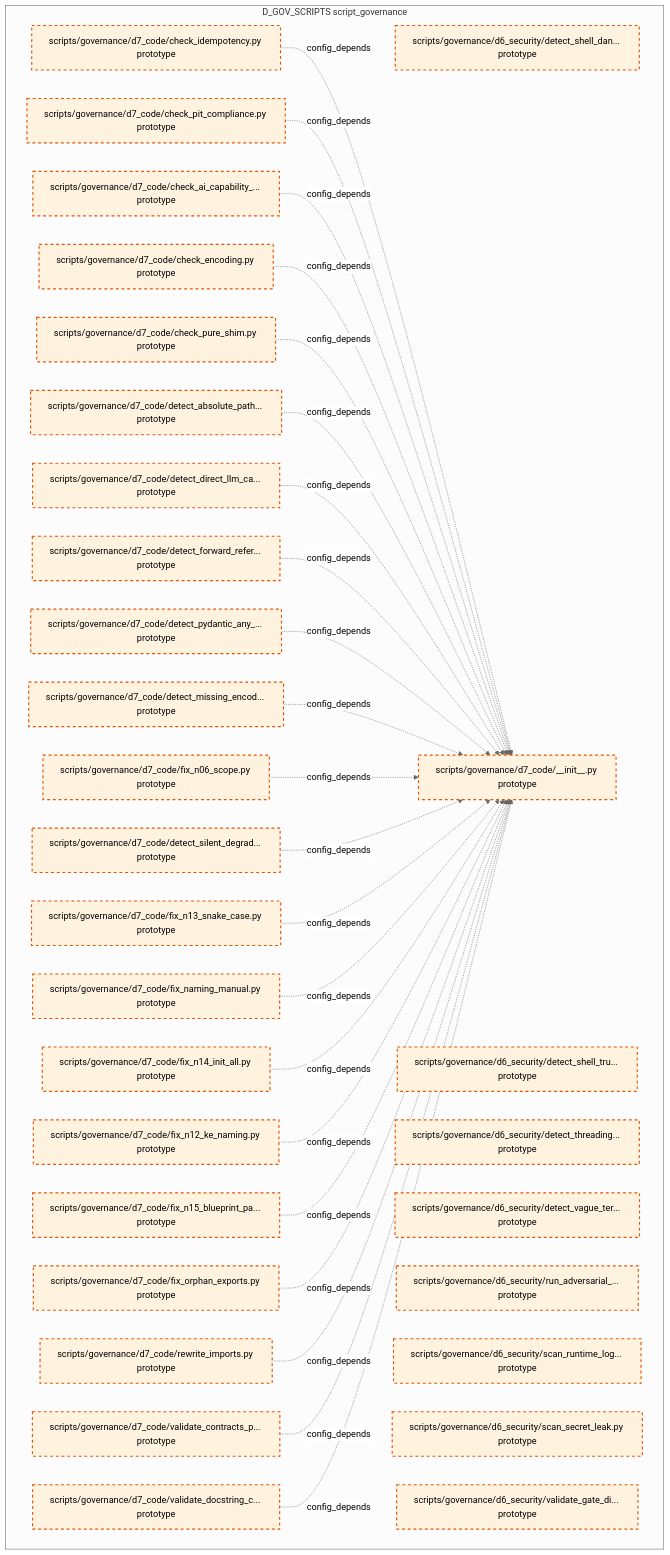
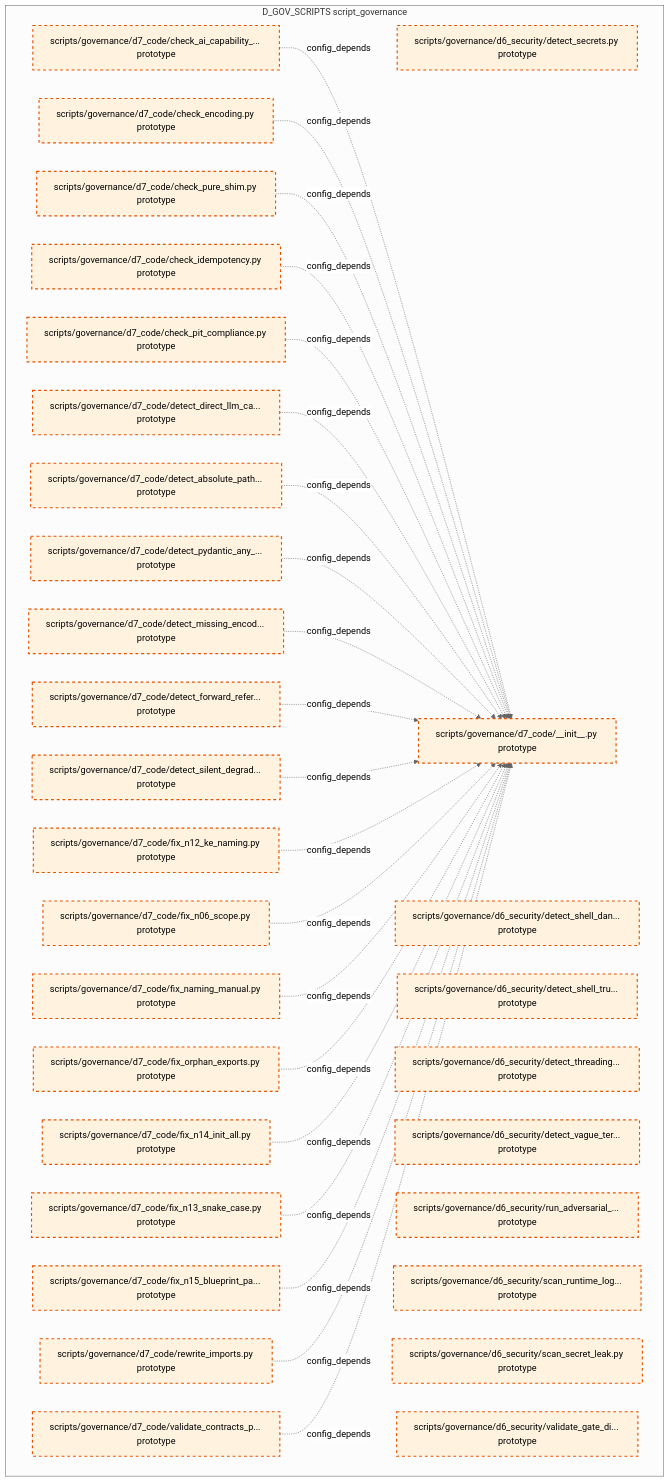
The tenth of 15 diagrams in docs/02_enterprise_architecture/02_domain_architecture_docs/36_d_gov_scripts.md (xuanFelixVan/ZephyrAlpha), drawn with Mermaid (neutral theme) before and after one commit. The commit also changed other lines of this file and 100 other files, not shown here.

````diff
--- a/docs/02_enterprise_architecture/02_domain_architecture_docs/36_d_gov_scripts.md
+++ b/docs/02_enterprise_architecture/02_domain_architecture_docs/36_d_gov_scripts.md
@@ -690,61 +685,60 @@
 ```mermaid
 graph TD
     subgraph D_GOV_SCRIPTS["D_GOV_SCRIPTS script_governance"]
+        scripts_governance_d6_security_detect_secrets_py["scripts/governance/d6_security/detect_secrets.py prototype"]
         scripts_governance_d6_security_detect_shell_dangerous_py["scripts/governance/d6_security/detect_shell_dan... prototype"]
         scripts_governance_d6_security_detect_shell_true_py["scripts/governance/d6_security/detect_shell_tru... prototype"]
         scripts_governance_d6_security_detect_threading_lock_py["scripts/governance/d6_security/detect_threading... prototype"]
         scripts_governance_d6_security_detect_vague_terms_py["scripts/governance/d6_security/detect_vague_ter... prototype"]
         scripts_governance_d6_security_run_adversarial_checks_py["scripts/governance/d6_security/run_adversarial_... prototype"]
         scripts_governance_d6_security_scan_runtime_log_secrets_py["scripts/governance/d6_security/scan_runtime_log... prototype"]
         scripts_governance_d6_security_scan_secret_leak_py["scripts/governance/d6_security/scan_secret_leak.py prototype"]
         scripts_governance_d6_security_validate_gate_discipline_py["scripts/governance/d6_security/validate_gate_di... prototype"]
         scripts_governance_d7_code_init_py["scripts/governance/d7_code/__init__.py prototype"]
         scripts_governance_d7_code_check_ai_capability_boundary_py["scripts/governance/d7_code/check_ai_capability_... prototype"]
         scripts_governance_d7_code_check_encoding_py["scripts/governance/d7_code/check_encoding.py prototype"]
         scripts_governance_d7_code_check_idempotency_py["scripts/governance/d7_code/check_idempotency.py prototype"]
         scripts_governance_d7_code_check_pit_compliance_py["scripts/governance/d7_code/check_pit_compliance.py prototype"]
         scripts_governance_d7_code_check_pure_shim_py["scripts/governance/d7_code/check_pure_shim.py prototype"]
         scripts_governance_d7_code_detect_absolute_path_hardcoding_py["scripts/governance/d7_code/detect_absolute_path... prototype"]
         scripts_governance_d7_code_detect_direct_llm_calls_py["scripts/governance/d7_code/detect_direct_llm_ca... prototype"]
         scripts_governance_d7_code_detect_forward_reference_py["scripts/governance/d7_code/detect_forward_refer... prototype"]
         scripts_governance_d7_code_detect_missing_encoding_py["scripts/governance/d7_code/detect_missing_encod... prototype"]
         scripts_governance_d7_code_detect_pydantic_any_fields_py["scripts/governance/d7_code/detect_pydantic_any_... prototype"]
         scripts_governance_d7_code_detect_silent_degradation_py["scripts/governance/d7_code/detect_silent_degrad... prototype"]
         scripts_governance_d7_code_fix_n06_scope_py["scripts/governance/d7_code/fix_n06_scope.py prototype"]
         scripts_governance_d7_code_fix_n12_ke_naming_py["scripts/governance/d7_code/fix_n12_ke_naming.py prototype"]
         scripts_governance_d7_code_fix_n13_snake_case_py["scripts/governance/d7_code/fix_n13_snake_case.py prototype"]
         scripts_governance_d7_code_fix_n14_init_all_py["scripts/governance/d7_code/fix_n14_init_all.py prototype"]
         scripts_governance_d7_code_fix_n15_blueprint_path_py["scripts/governance/d7_code/fix_n15_blueprint_pa... prototype"]
         scripts_governance_d7_code_fix_naming_manual_py["scripts/governance/d7_code/fix_naming_manual.py prototype"]
         scripts_governance_d7_code_fix_orphan_exports_py["scripts/governance/d7_code/fix_orphan_exports.py prototype"]
         scripts_governance_d7_code_rewrite_imports_py["scripts/governance/d7_code/rewrite_imports.py prototype"]
         scripts_governance_d7_code_validate_contracts_purity_py["scripts/governance/d7_code/validate_contracts_p... prototype"]
-        scripts_governance_d7_code_validate_docstring_coverage_py["scripts/governance/d7_code/validate_docstring_c... prototype"]
     end
-    scripts_governance_d7_code_check_idempotency_py -.->|config_depends| scripts_governance_d7_code_init_py
-    scripts_governance_d7_code_check_pit_compliance_py -.->|config_depends| scripts_governance_d7_code_init_py
     scripts_governance_d7_code_check_ai_capability_boundary_py -.->|config_depends| scripts_governance_d7_code_init_py
     scripts_governance_d7_code_check_encoding_py -.->|config_depends| scripts_governance_d7_code_init_py
     scripts_governance_d7_code_check_pure_shim_py -.->|config_depends| scripts_governance_d7_code_init_py
+    scripts_governance_d7_code_check_idempotency_py -.->|config_depends| scripts_governance_d7_code_init_py
+    scripts_governance_d7_code_check_pit_compliance_py -.->|config_depends| scripts_governance_d7_code_init_py
+    scripts_governance_d7_code_detect_direct_llm_calls_py -.->|config_depends| scripts_governance_d7_code_init_py
     scripts_governance_d7_code_detect_absolute_path_hardcoding_py -.->|config_depends| scripts_governance_d7_code_init_py
-    scripts_governance_d7_code_detect_direct_llm_calls_py -.->|config_depends| scripts_governance_d7_code_init_py
-    scripts_governance_d7_code_detect_forward_reference_py -.->|config_depends| scripts_governance_d7_code_init_py
     scripts_governance_d7_code_detect_pydantic_any_fields_py -.->|config_depends| scripts_governance_d7_code_init_py
     scripts_governance_d7_code_detect_missing_encoding_py -.->|config_depends| scripts_governance_d7_code_init_py
+    scripts_governance_d7_code_detect_forward_reference_py -.->|config_depends| scripts_governance_d7_code_init_py
+    scripts_governance_d7_code_detect_silent_degradation_py -.->|config_depends| scripts_governance_d7_code_init_py
+    scripts_governance_d7_code_fix_n12_ke_naming_py -.->|config_depends| scripts_governance_d7_code_init_py
     scripts_governance_d7_code_fix_n06_scope_py -.->|config_depends| scripts_governance_d7_code_init_py
-    scripts_governance_d7_code_detect_silent_degradation_py -.->|config_depends| scripts_governance_d7_code_init_py
+    scripts_governance_d7_code_fix_naming_manual_py -.->|config_depends| scripts_governance_d7_code_init_py
+    scripts_governance_d7_code_fix_orphan_exports_py -.->|config_depends| scripts_governance_d7_code_init_py
+    scripts_governance_d7_code_fix_n14_init_all_py -.->|config_depends| scripts_governance_d7_code_init_py
     scripts_governance_d7_code_fix_n13_snake_case_py -.->|config_depends| scripts_governance_d7_code_init_py
-    scripts_governance_d7_code_fix_naming_manual_py -.->|config_depends| scripts_governance_d7_code_init_py
-    scripts_governance_d7_code_fix_n14_init_all_py -.->|config_depends| scripts_governance_d7_code_init_py
-    scripts_governance_d7_code_fix_n12_ke_naming_py -.->|config_depends| scripts_governance_d7_code_init_py
     scripts_governance_d7_code_fix_n15_blueprint_path_py -.->|config_depends| scripts_governance_d7_code_init_py
-    scripts_governance_d7_code_fix_orphan_exports_py -.->|config_depends| scripts_governance_d7_code_init_py
     scripts_governance_d7_code_rewrite_imports_py -.->|config_depends| scripts_governance_d7_code_init_py
     scripts_governance_d7_code_validate_contracts_purity_py -.->|config_depends| scripts_governance_d7_code_init_py
-    scripts_governance_d7_code_validate_docstring_coverage_py -.->|config_depends| scripts_governance_d7_code_init_py
     classDef production fill:#e1f5fe,stroke:#01579b,stroke-width:2px,color:#000
     classDef design fill:#fff3e0,stroke:#e65100,stroke-width:2px,color:#000,stroke-dasharray: 5 5
     classDef external_prod fill:#e8f5e9,stroke:#1b5e20,stroke-width:1px,color:#000
     classDef external_design fill:#fce4ec,stroke:#880e4f,stroke-width:1px,color:#000,stroke-dasharray: 5 5
-    class scripts_governance_d6_security_detect_shell_dangerous_py,scripts_governance_d6_security_detect_shell_true_py,scripts_governance_d6_security_detect_threading_lock_py,scripts_governance_d6_security_detect_vague_terms_py,scripts_governance_d6_security_run_adversarial_checks_py,scripts_governance_d6_security_scan_runtime_log_secrets_py,scripts_governance_d6_security_scan_secret_leak_py,scripts_governance_d6_security_validate_gate_discipline_py,scripts_governance_d7_code_init_py,scripts_governance_d7_code_check_ai_capability_boundary_py,scripts_governance_d7_code_check_encoding_py,scripts_governance_d7_code_check_idempotency_py,scripts_governance_d7_code_check_pit_compliance_py,scripts_governance_d7_code_check_pure_shim_py,scripts_governance_d7_code_detect_absolute_path_hardcoding_py,scripts_governance_d7_code_detect_direct_llm_calls_py,scripts_governance_d7_code_detect_forward_reference_py,scripts_governance_d7_code_detect_missing_encoding_py,scripts_governance_d7_code_detect_pydantic_any_fields_py,scripts_governance_d7_code_detect_silent_degradation_py,scripts_governance_d7_code_fix_n06_scope_py,scripts_governance_d7_code_fix_n12_ke_naming_py,scripts_governance_d7_code_fix_n13_snake_case_py,scripts_governance_d7_code_fix_n14_init_all_py,scripts_governance_d7_code_fix_n15_blueprint_path_py,scripts_governance_d7_code_fix_naming_manual_py,scripts_governance_d7_code_fix_orphan_exports_py,scripts_governance_d7_code_rewrite_imports_py,scripts_governance_d7_code_validate_contracts_purity_py,scripts_governance_d7_code_validate_docstring_coverage_py design
+    class scripts_governance_d6_security_detect_secrets_py,scripts_governance_d6_security_detect_shell_dangerous_py,scripts_governance_d6_security_detect_shell_true_py,scripts_governance_d6_security_detect_threading_lock_py,scripts_governance_d6_security_detect_vague_terms_py,scripts_governance_d6_security_run_adversarial_checks_py,scripts_governance_d6_security_scan_runtime_log_secrets_py,scripts_governance_d6_security_scan_secret_leak_py,scripts_governance_d6_security_validate_gate_discipline_py,scripts_governance_d7_code_init_py,scripts_governance_d7_code_check_ai_capability_boundary_py,scripts_governance_d7_code_check_encoding_py,scripts_governance_d7_code_check_idempotency_py,scripts_governance_d7_code_check_pit_compliance_py,scripts_governance_d7_code_check_pure_shim_py,scripts_governance_d7_code_detect_absolute_path_hardcoding_py,scripts_governance_d7_code_detect_direct_llm_calls_py,scripts_governance_d7_code_detect_forward_reference_py,scripts_governance_d7_code_detect_missing_encoding_py,scripts_governance_d7_code_detect_pydantic_any_fields_py,scripts_governance_d7_code_detect_silent_degradation_py,scripts_governance_d7_code_fix_n06_scope_py,scripts_governance_d7_code_fix_n12_ke_naming_py,scripts_governance_d7_code_fix_n13_snake_case_py,scripts_governance_d7_code_fix_n14_init_all_py,scripts_governance_d7_code_fix_n15_blueprint_path_py,scripts_governance_d7_code_fix_naming_manual_py,scripts_governance_d7_code_fix_orphan_exports_py,scripts_governance_d7_code_rewrite_imports_py,scripts_governance_d7_code_validate_contracts_purity_py design
 ```
````
